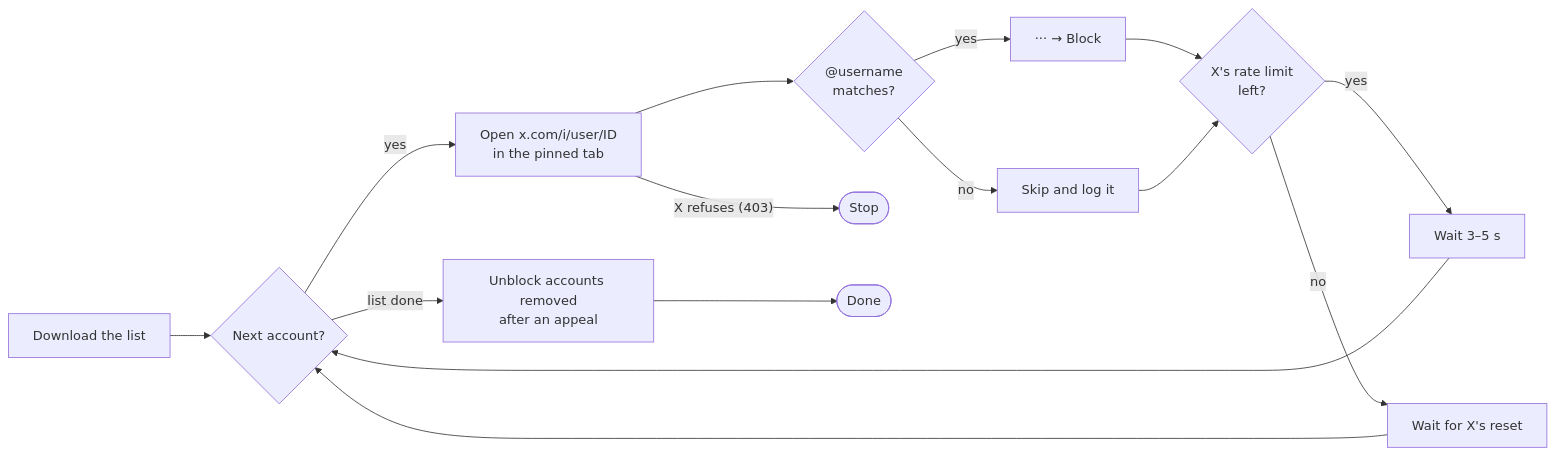
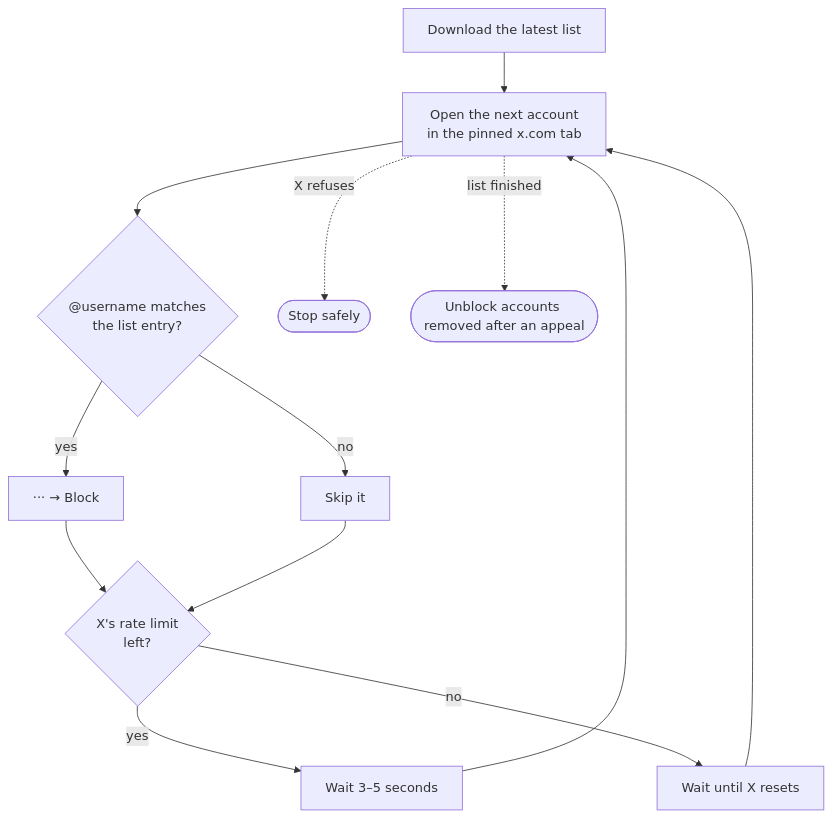
One commit to CyrisXD/reply-hygiene changed the diagram in README.md. Above: the diagram before and after it, drawn with Mermaid.

Commit message:
README: vertical flow diagram

````diff
--- a/README.md
+++ b/README.md
@@ -96,14 +96,15 @@
 ```mermaid
-flowchart LR
-  list["Download the list"] --> next{"Next account?"}
-  next -- "yes" --> open["Open x.com/i/user/ID<br>in the pinned tab"]
-  open --> match{"@username<br>matches?"}
+flowchart TD
+  list["Download the latest list"] --> open["Open the next account<br>in the pinned x.com tab"]
+  open --> match{"@username matches<br>the list entry?"}
   match -- "yes" --> block["··· → Block"]
-  match -- "no" --> skip["Skip and log it"]
+  match -- "no" --> skip["Skip it"]
   block --> limit{"X's rate limit<br>left?"}
   skip --> limit
-  limit -- "yes" --> pace["Wait 3–5 s"] --> next
-  limit -- "no" --> reset["Wait for X's reset"] --> next
-  open -- "X refuses (403)" --> stop(["Stop"])
-  next -- "list done" --> unblock["Unblock accounts removed<br>after an appeal"] --> done(["Done"])
+  limit -- "yes" --> pace["Wait 3–5 seconds"]
+  limit -- "no" --> reset["Wait until X resets"]
+  pace --> open
+  reset --> open
+  open -. "X refuses" .-> stop(["Stop safely"])
+  open -. "list finished" .-> unblock(["Unblock accounts removed after an appeal"])
 ```
````
